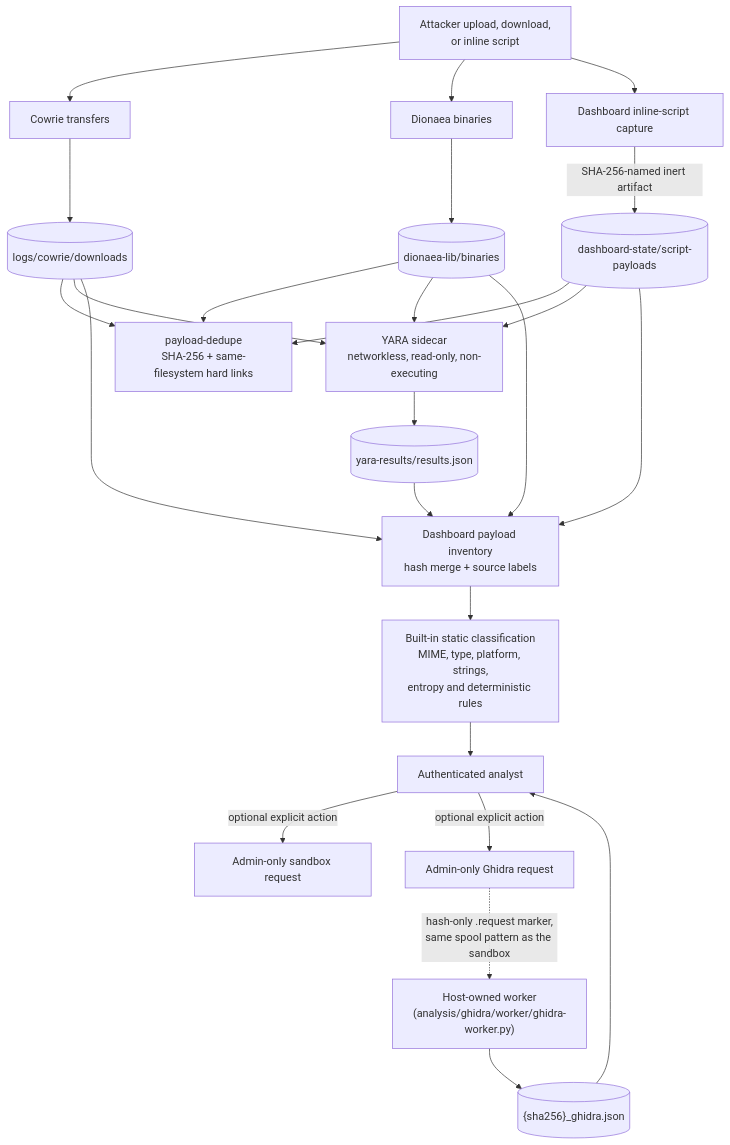
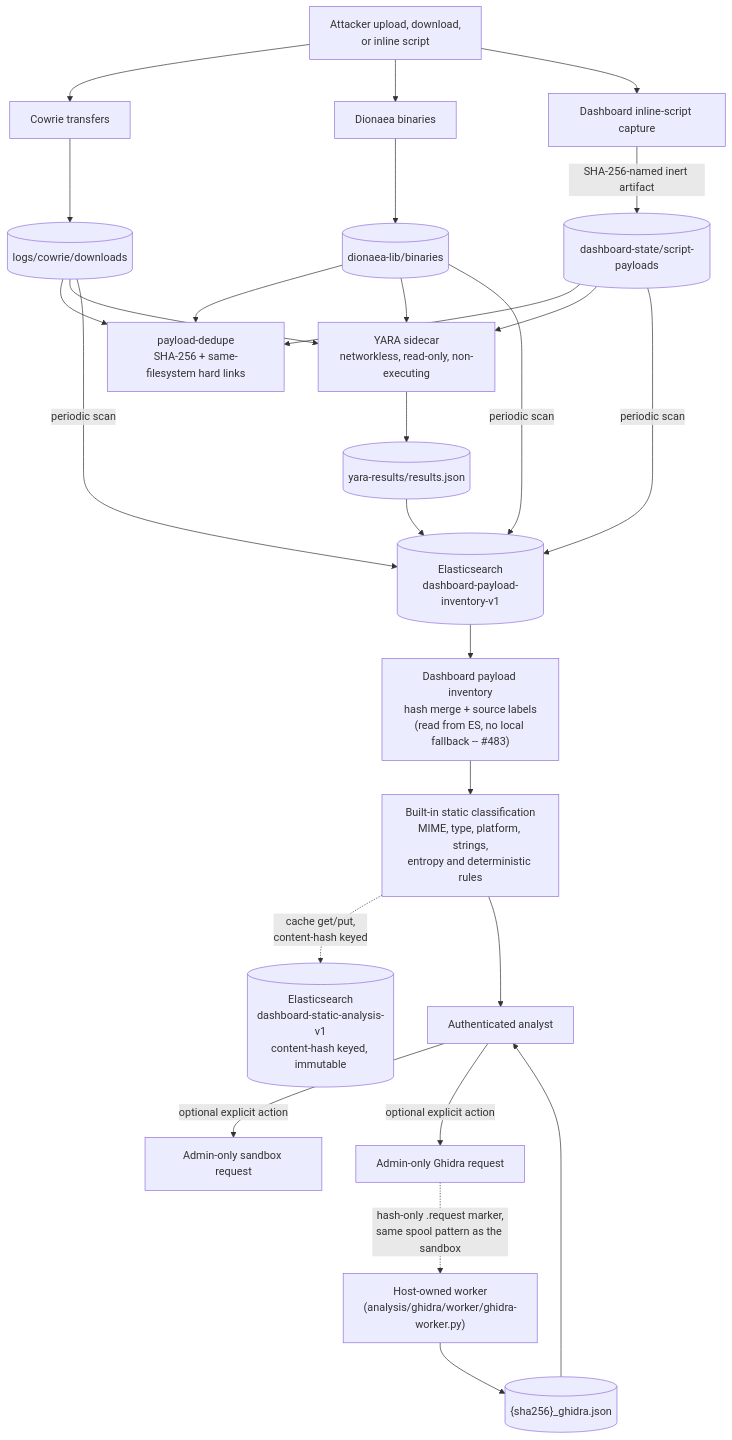
The sixth of 7 diagrams in docs/ARCHITECTURE.md (Xore/APIARY), drawn with Mermaid before and after one commit. The commit also changed other lines of this file and 3 other files, not shown here.

````diff
--- a/docs/ARCHITECTURE.md
+++ b/docs/ARCHITECTURE.md
@@ -571,48 +578,52 @@
 ```mermaid
 flowchart TB
   attacker["Attacker upload, download,<br/>or inline script"]
   cowrie["Cowrie transfers"]
   dionaea["Dionaea binaries"]
   dashboardCapture["Dashboard inline-script capture"]
   cowrieStore[("logs/cowrie/downloads")]
   dionaeaStore[("dionaea-lib/binaries")]
   scriptStore[("dashboard-state/script-payloads")]
   dedupe["payload-dedupe<br/>SHA-256 + same-filesystem hard links"]
   yara["YARA sidecar<br/>networkless, read-only, non-executing"]
   yaraOut[("yara-results/results.json")]
-  inventory["Dashboard payload inventory<br/>hash merge + source labels"]
+  invIndex[("Elasticsearch<br/>dashboard-payload-inventory-v1")]
+  inventory["Dashboard payload inventory<br/>hash merge + source labels<br/>(read from ES, no local fallback -- #483)"]
+  staticCache[("Elasticsearch<br/>dashboard-static-analysis-v1<br/>content-hash keyed, immutable")]
   staticRules["Built-in static classification<br/>MIME, type, platform, strings,<br/>entropy and deterministic rules"]
   analyst["Authenticated analyst"]
   sandboxRequest["Admin-only sandbox request"]
   ghidraRequest["Admin-only Ghidra request"]
   ghidraWorker["Host-owned worker<br/>(analysis/ghidra/worker/ghidra-worker.py)"]
   ghidraResult[("{sha256}_ghidra.json")]
 
   attacker --> cowrie
   attacker --> dionaea
   attacker --> dashboardCapture
   cowrie --> cowrieStore
   dionaea --> dionaeaStore
   dashboardCapture -->|"SHA-256-named inert artifact"| scriptStore
 
   cowrieStore --> dedupe
   dionaeaStore --> dedupe
   scriptStore --> dedupe
 
   cowrieStore --> yara
   dionaeaStore --> yara
   scriptStore --> yara
   yara --> yaraOut
 
-  cowrieStore --> inventory
-  dionaeaStore --> inventory
-  scriptStore --> inventory
-  yaraOut --> inventory
+  cowrieStore -->|"periodic scan"| invIndex
+  dionaeaStore -->|"periodic scan"| invIndex
+  scriptStore -->|"periodic scan"| invIndex
+  yaraOut --> invIndex
+  invIndex --> inventory
   inventory --> staticRules
+  staticRules -.->|"cache get/put,<br/>content-hash keyed"| staticCache
   staticRules --> analyst
   analyst -->|"optional explicit action"| sandboxRequest
   analyst -->|"optional explicit action"| ghidraRequest
   ghidraRequest -.->|"hash-only .request marker,<br/>same spool pattern as the sandbox"| ghidraWorker
   ghidraWorker --> ghidraResult
   ghidraResult --> analyst
 ```
````
